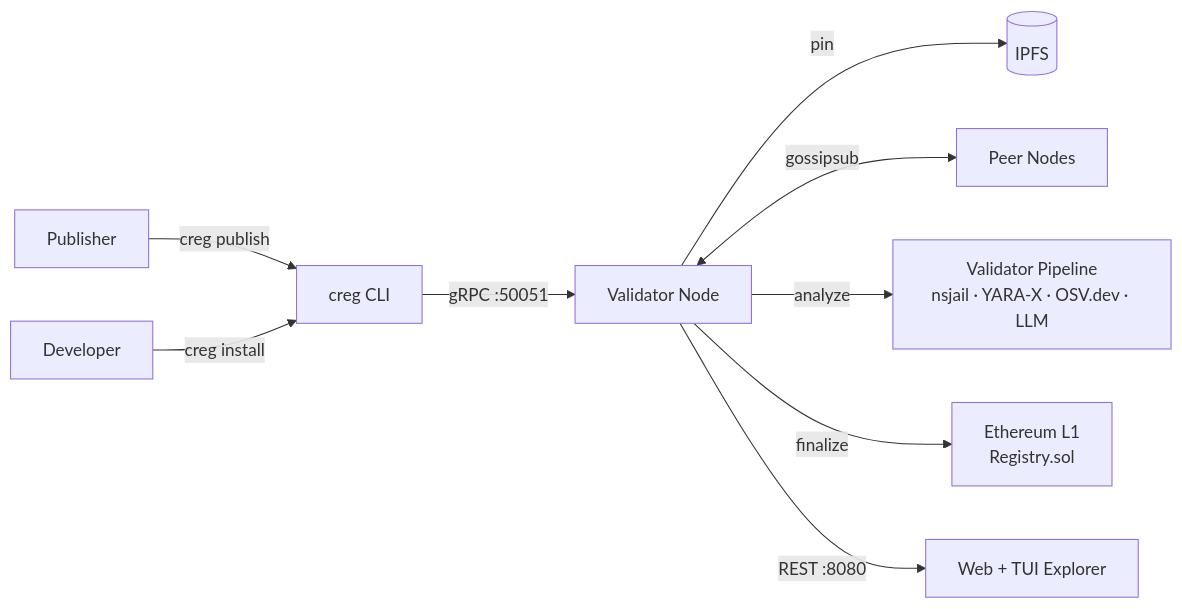
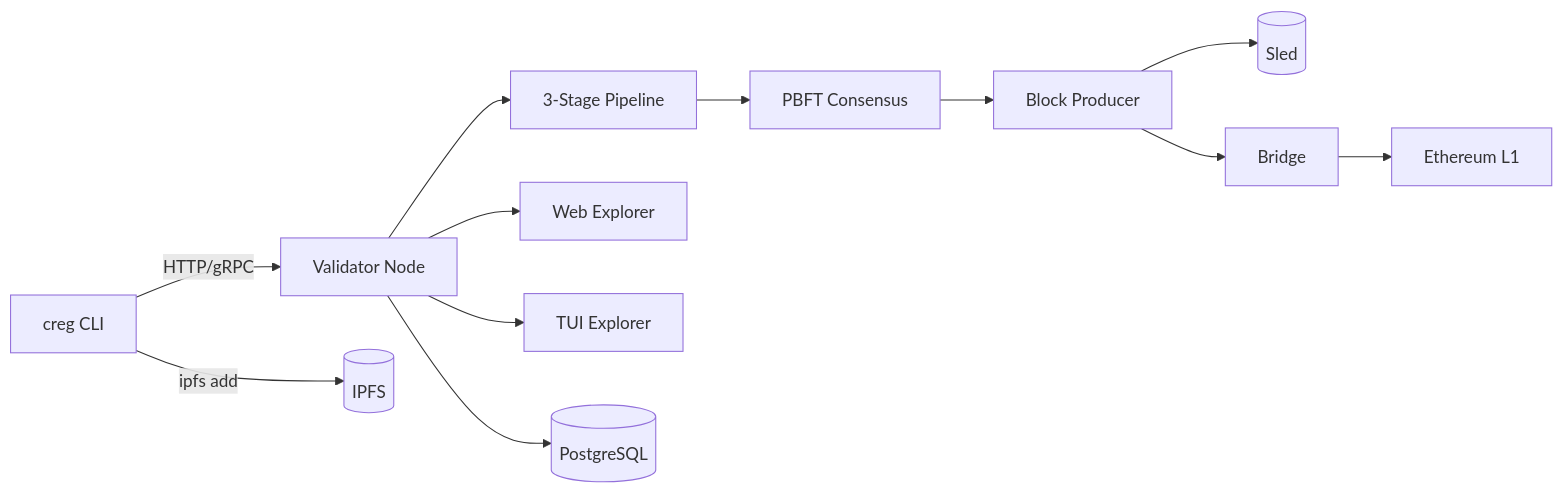
One commit to samuel-1-avson/chain-registry-blockchain-CREG- changed the diagram in README.md. Above: the diagram before and after it, drawn with Mermaid. The commit also changed other lines of this file and 47 other files, not shown here.

````diff
--- a/README.md
+++ b/README.md
@@ -119,11 +69,14 @@
 ```mermaid
 graph LR
-    PUB[Publisher] -->|creg publish| CLI[creg CLI]
-    DEV[Developer] -->|creg install| CLI
-    CLI -->|gRPC :50051| NODE[Validator Node]
-    NODE -->|pin| IPFS[(IPFS)]
-    NODE <-->|gossipsub| PEER[Peer Nodes]
-    NODE -->|analyze| VP[Validator Pipeline\nnsjail · YARA-X · OSV.dev · LLM]
-    NODE -->|finalize| L1[Ethereum L1\nRegistry.sol]
-    NODE -->|REST :8080| EXPLORER[Web + TUI Explorer]
+    CLI[creg CLI] -->|HTTP/gRPC| NODE[Validator Node]
+    CLI -->|ipfs add| IPFS[(IPFS)]
+    NODE --> PIPE[3-Stage Pipeline]
+    PIPE --> PBFT[PBFT Consensus]
+    PBFT --> BP[Block Producer]
+    BP --> SLED[(Sled)]
+    BP --> BR[Bridge]
+    BR --> L1[Ethereum L1]
+    NODE --> WEB[Web Explorer]
+    NODE --> TUI[TUI Explorer]
+    NODE --> PG[(PostgreSQL)]
 ```
````
